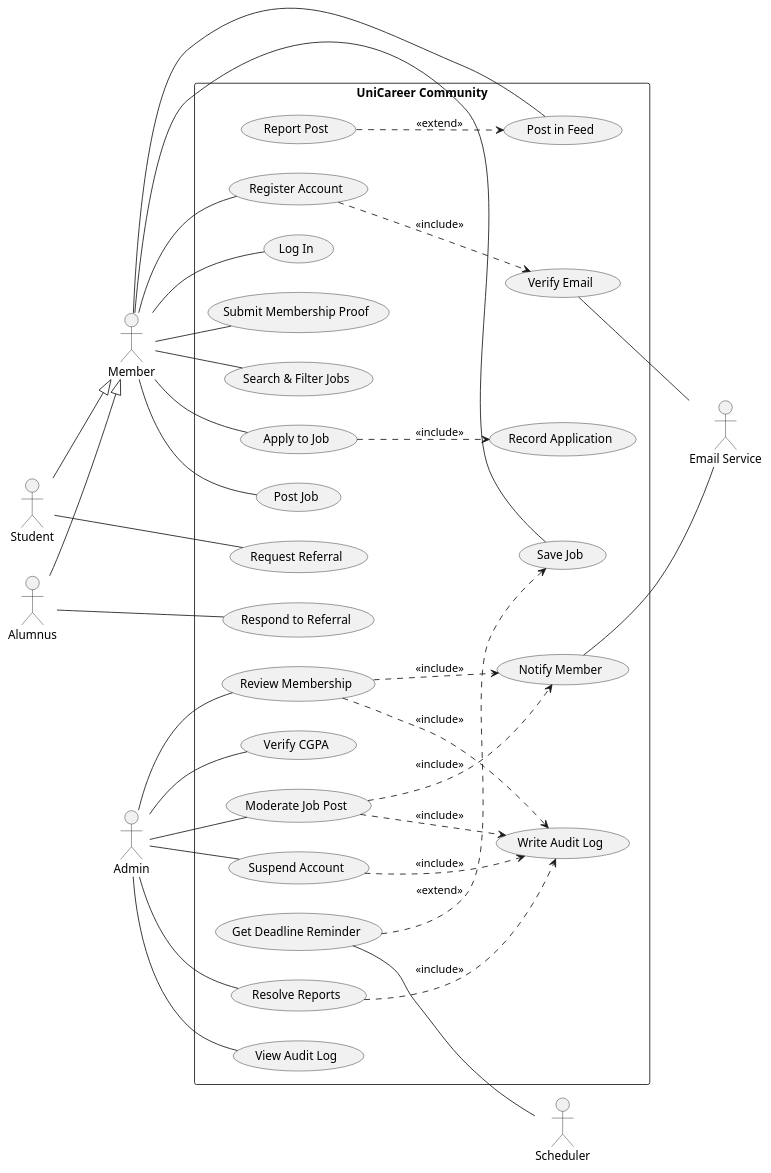
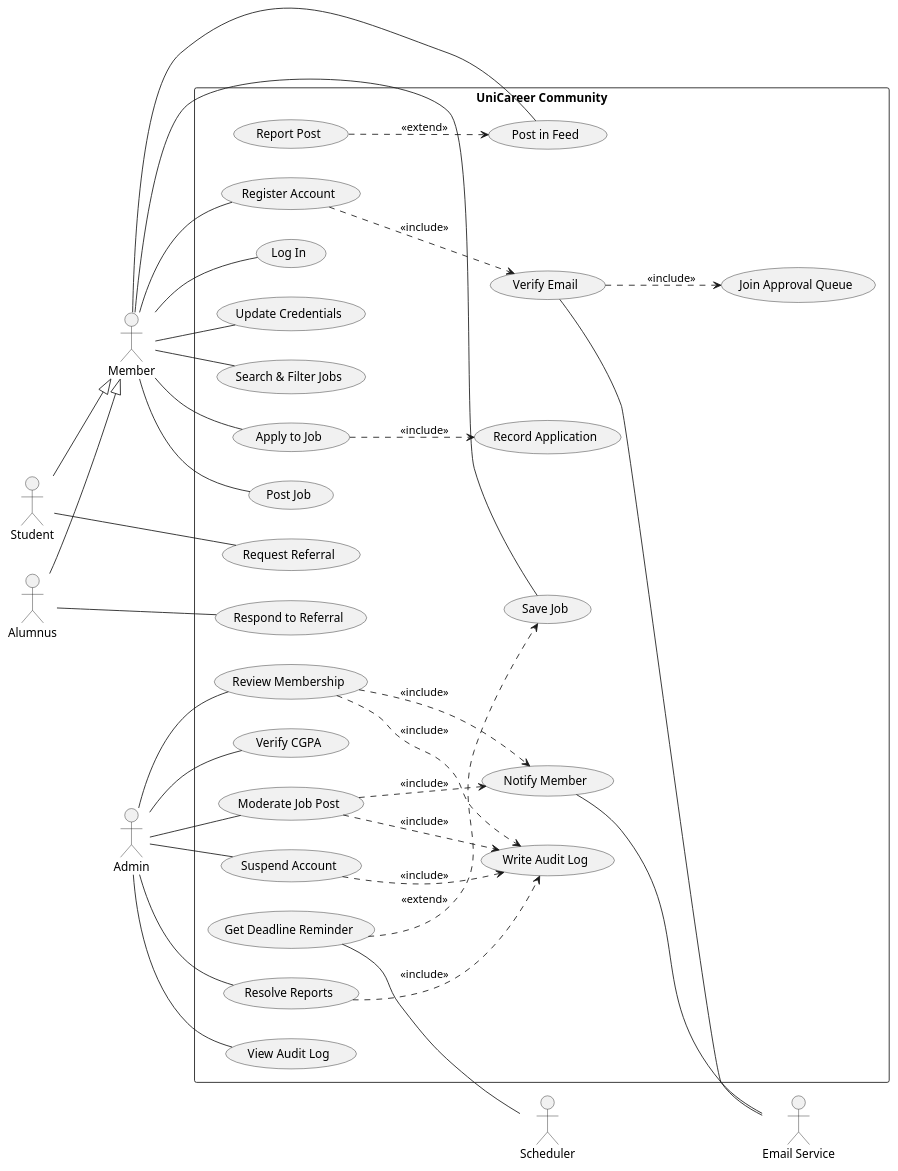
One commit to sooooojib/CAMPUS_JOB_HUNTING changed the diagram in presentation/deck_src/uml/usecase.puml. Above: the diagram before and after it, drawn with PlantUML. The commit also changed 19 other files, not shown here.

Commit message:
docs: align all architectural, security, API, and workflow docs with two-stage verification and approval lifecycle

```diff
--- a/presentation/deck_src/uml/usecase.puml
+++ b/presentation/deck_src/uml/usecase.puml
@@ -1,64 +1,66 @@
 @startuml UseCase
 left to right direction
 actor Member
 actor Student
 actor Alumnus
 actor Admin
 actor "Email Service" as Mail
 actor Scheduler
 Student --|> Member
 Alumnus --|> Member
 rectangle "UniCareer Community" {
   usecase "Register Account" as UC1
   usecase "Verify Email" as UC1a
+  usecase "Join Approval Queue" as UC1b
   usecase "Log In" as UC2
-  usecase "Submit Membership Proof" as UC3
+  usecase "Update Credentials" as UC3
   usecase "Search & Filter Jobs" as UC4
   usecase "Save Job" as UC5
   usecase "Get Deadline Reminder" as UC5a
   usecase "Apply to Job" as UC6
   usecase "Record Application" as UC6a
   usecase "Post Job" as UC7
   usecase "Post in Feed" as UC8
   usecase "Report Post" as UC8a
   usecase "Request Referral" as UC9
   usecase "Respond to Referral" as UC10
   usecase "Review Membership" as A1
   usecase "Verify CGPA" as A2
   usecase "Moderate Job Post" as A3
   usecase "Resolve Reports" as A4
   usecase "Suspend Account" as A5
   usecase "View Audit Log" as A6
   usecase "Write Audit Log" as AL
   usecase "Notify Member" as NM
 }
 Member -- UC1
 Member -- UC2
 Member -- UC3
 Member -- UC4
 Member -- UC5
 Member -- UC6
 Member -- UC7
 Member -- UC8
 Student -- UC9
 Alumnus -- UC10
 UC1 ..> UC1a : <<include>>
+UC1a ..> UC1b : <<include>>
 UC6 ..> UC6a : <<include>>
 UC5a ..> UC5 : <<extend>>
 UC8a ..> UC8 : <<extend>>
 UC1a -- Mail
 UC5a -- Scheduler
 Admin -- A1
 Admin -- A2
 Admin -- A3
 Admin -- A4
 Admin -- A5
 Admin -- A6
 A1 ..> AL : <<include>>
 A3 ..> AL : <<include>>
 A4 ..> AL : <<include>>
 A5 ..> AL : <<include>>
 A1 ..> NM : <<include>>
 A3 ..> NM : <<include>>
 NM -- Mail
 @enduml
```
